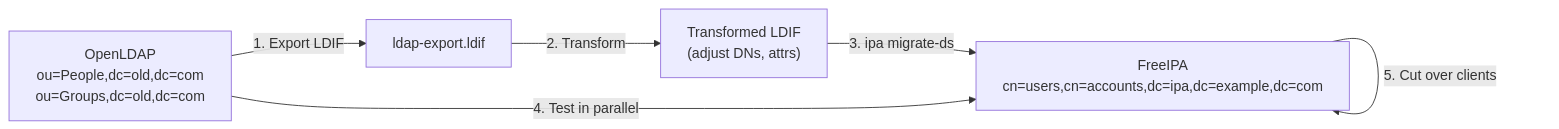
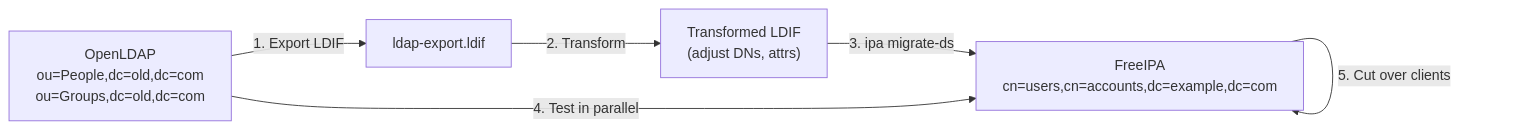
Before and after one commit to UncleJS/course_FreeIPA: the fifth of 8 diagrams in 15_upgrade_migration.md, drawn with Mermaid. The commit also changed other lines of this file and 24 other files, not shown here.

````diff
--- a/15_upgrade_migration.md
+++ b/15_upgrade_migration.md
@@ -462,11 +469,11 @@
 ```mermaid
 flowchart LR
     OLDLDAP["OpenLDAP<br/>ou=People,dc=old,dc=com<br/>ou=Groups,dc=old,dc=com"]
-    IPA["FreeIPA<br/>cn=users,cn=accounts,dc=ipa,dc=example,dc=com"]
+    IPA["FreeIPA<br/>cn=users,cn=accounts,dc=example,dc=com"]
 
     OLDLDAP -->|"1. Export LDIF"| LDIF["ldap-export.ldif"]
     LDIF -->|"2. Transform"| TRANSFORMED["Transformed LDIF<br/>(adjust DNs, attrs)"]
     TRANSFORMED -->|"3. ipa migrate-ds"| IPA
     OLDLDAP -->|"4. Test in parallel"| IPA
     IPA -->|"5. Cut over clients"| IPA
 ```
````
